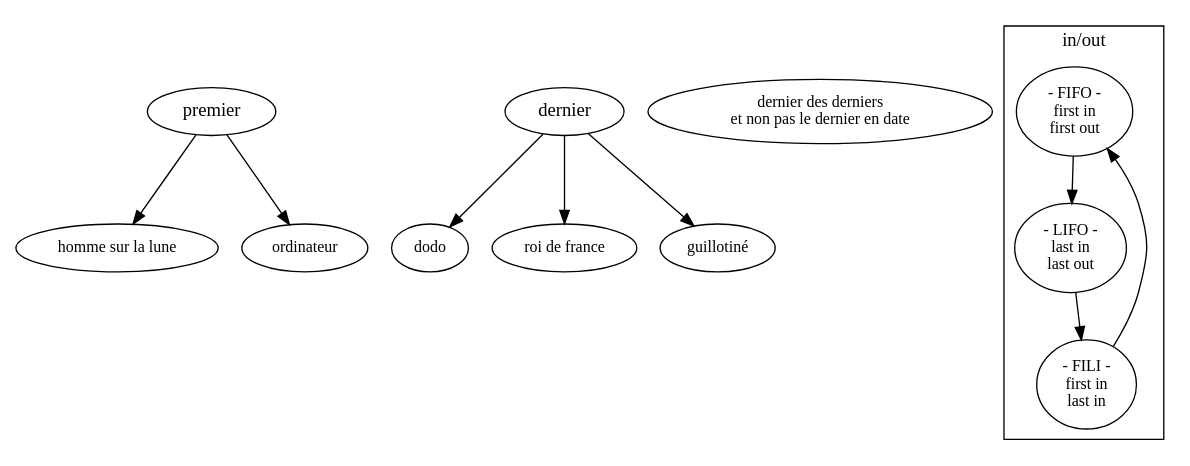
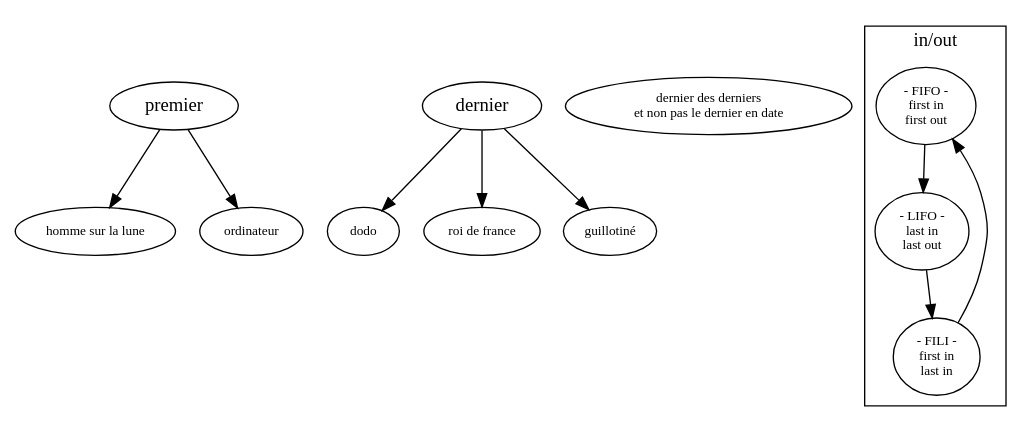
Before and after one commit to ensad-nancy/first-last: the diagram in sujet.dot, drawn with Graphviz.

Commit message:
+ +	node [fontname="myriadpro", fontsize = 10] +	edge [fontname="monaco", fontsize = 9]

```diff
--- a/sujet.dot
+++ b/sujet.dot
@@ -1,32 +1,33 @@
 digraph {
 
 	first [label="premier"]
 	last [label="dernier"]
 	
 	fontname="myriadpro"
 	fontsize = 14
 	
-	node [fontname="myriadpro", fontsize = 12]
-	edge [fontname="monaco", fontsize = 10]
+	
+	node [fontname="myriadpro", fontsize = 10]
+	edge [fontname="monaco", fontsize = 9]
 		
 	"dernier des derniers\n et non pas le dernier en date" 
 
 	first -> "homme sur la lune"
 	first -> "ordinateur"
 	
 	last -> dodo
 	last -> "roi de france"
 	last -> "guillotiné"
 
 	subgraph cluster_FO{
 	
 		label="in/out"
 		
 		FIFO [label="- FIFO -\nfirst in\nfirst out"]
 		LIFO [label="- LIFO -\nlast in\nlast out"]
 		FILI [label="- FILI -\nfirst in\n last in"]
 
 		FILI -> FIFO -> LIFO -> FILI
 	}
 	
 }
```
